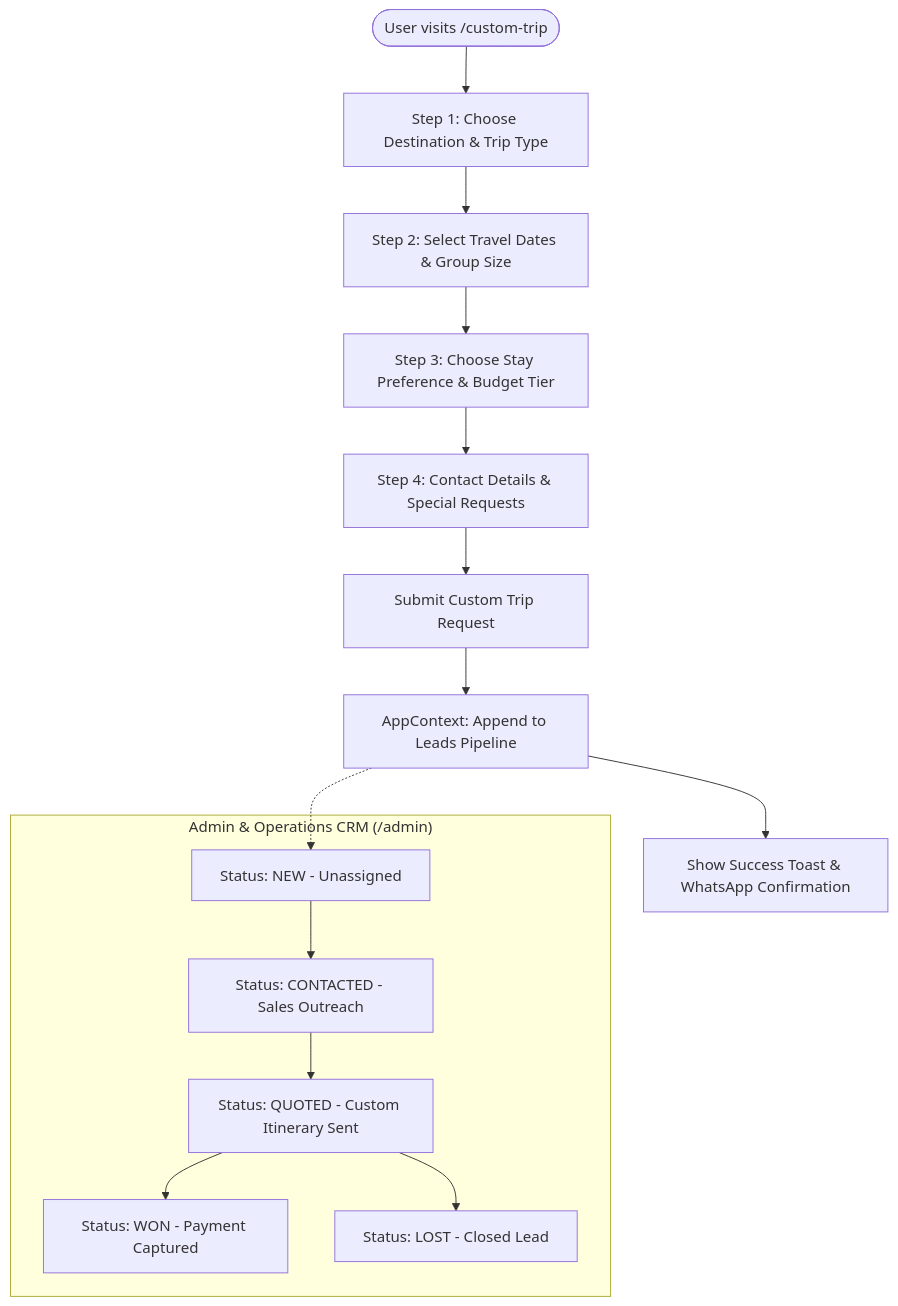
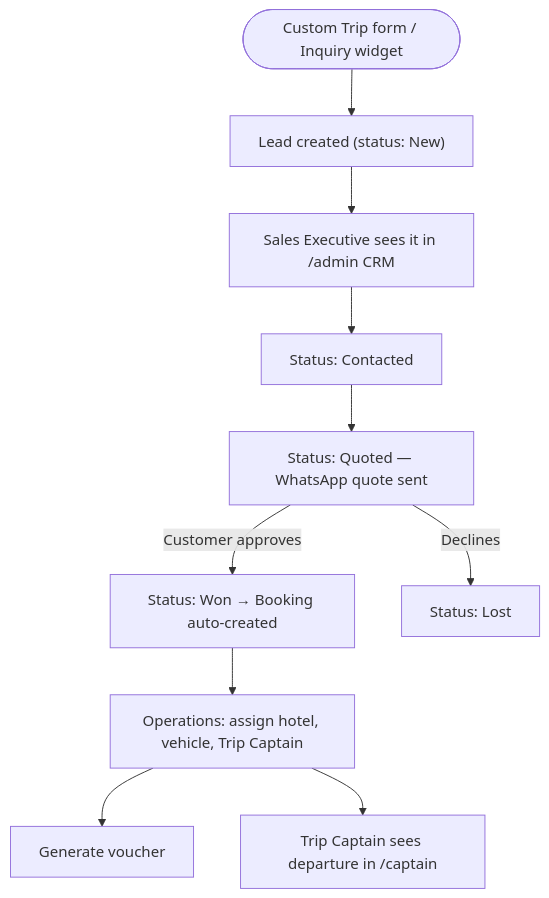
One commit to drdhavaltrivedi/humtripwale-travel changed the sixth of 7 diagrams in README.md. Above: the diagram before and after it, drawn with Mermaid. The commit also changed other lines of this file and 25 other files, not shown here.

````diff
--- a/README.md
+++ b/README.md
@@ -248,26 +325,12 @@
 ```mermaid
 flowchart TD
-    Start(["User visits /custom-trip"]) --> Step1["Step 1: Choose Destination & Trip Type"]
-    Step1 --> Step2["Step 2: Select Travel Dates & Group Size"]
-    Step2 --> Step3["Step 3: Choose Stay Preference & Budget Tier"]
-    Step3 --> Step4["Step 4: Contact Details & Special Requests"]
-    Step4 --> SubmitLead["Submit Custom Trip Request"]
-    
-    SubmitLead --> PushCRM["AppContext: Append to Leads Pipeline"]
-    PushCRM --> ToastNotify["Show Success Toast & WhatsApp Confirmation"]
-    
-    subgraph OperationsCRM["Admin & Operations CRM (/admin)"]
-        LeadNew["Status: NEW - Unassigned"]
-        LeadContact["Status: CONTACTED - Sales Outreach"]
-        LeadQuote["Status: QUOTED - Custom Itinerary Sent"]
-        LeadWon["Status: WON - Payment Captured"]
-        LeadLost["Status: LOST - Closed Lead"]
-        
-        LeadNew --> LeadContact
-        LeadContact --> LeadQuote
-        LeadQuote --> LeadWon
-        LeadQuote --> LeadLost
-    end
-
-    PushCRM -.-> LeadNew
+    Start(["Custom Trip form / Inquiry widget"]) --> Lead["Lead created (status: New)"]
+    Lead --> SalesView["Sales Executive sees it in /admin CRM"]
+    SalesView --> Contacted["Status: Contacted"]
+    Contacted --> Quoted["Status: Quoted — WhatsApp quote sent"]
+    Quoted -->|Customer approves| Won["Status: Won → Booking auto-created"]
+    Quoted -->|Declines| Lost["Status: Lost"]
+    Won --> OpsHandoff["Operations: assign hotel, vehicle, Trip Captain"]
+    OpsHandoff --> Voucher["Generate voucher"]
+    OpsHandoff --> CaptainAssigned["Trip Captain sees departure in /captain"]
 ```
````
